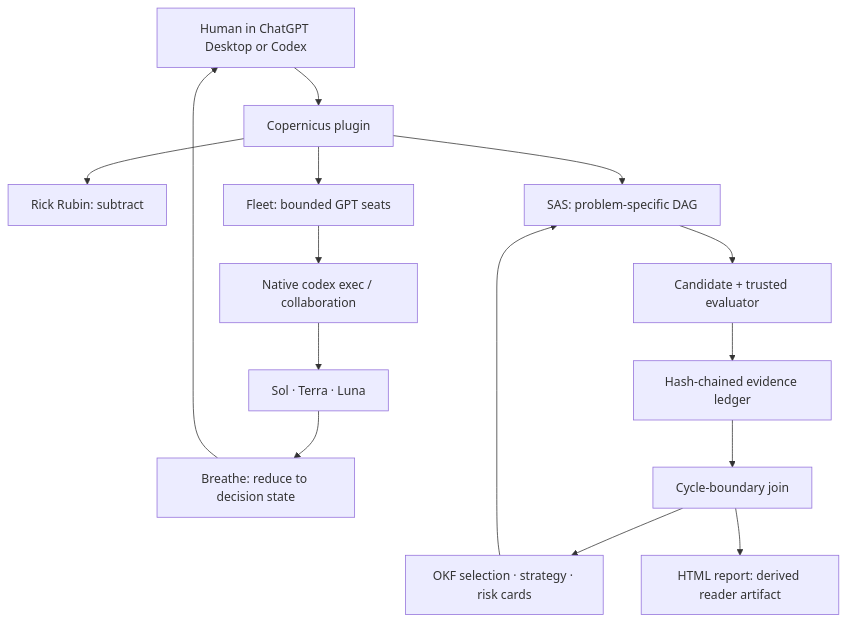
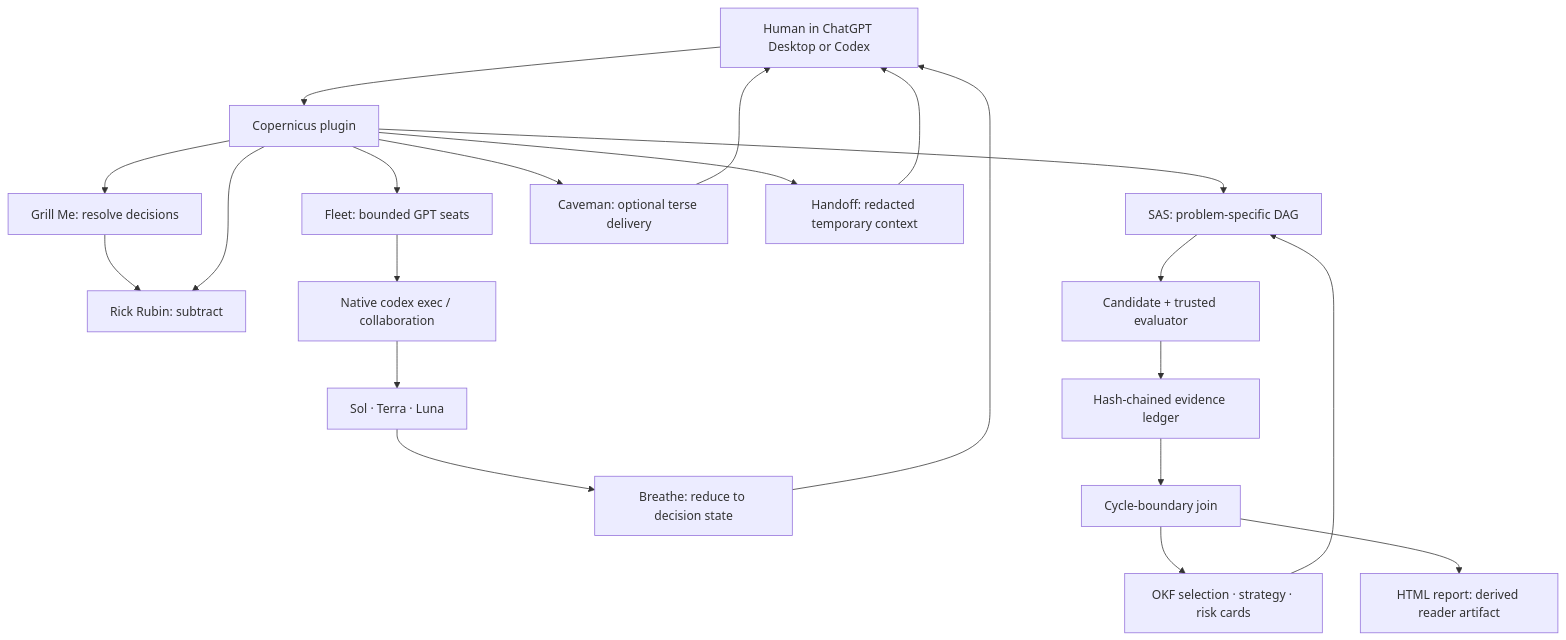
One commit to Babinci/copernicus changed the diagram in docs/copernicus/architecture.md. Above: the diagram before and after it, drawn with Mermaid. The commit also changed other lines of this file and 33 other files, not shown here.

````diff
--- a/docs/copernicus/architecture.md
+++ b/docs/copernicus/architecture.md
@@ -14,17 +14,23 @@
 ```mermaid
 flowchart TD
     U["Human in ChatGPT Desktop or Codex"] --> P["Copernicus plugin"]
+    P --> Q["Grill Me: resolve decisions"]
+    Q --> R
     P --> R["Rick Rubin: subtract"]
     P --> F["Fleet: bounded GPT seats"]
     P --> S["SAS: problem-specific DAG"]
     F --> C["Native codex exec / collaboration"]
     C --> M["Sol · Terra · Luna"]
     M --> B["Breathe: reduce to decision state"]
     B --> U
     S --> G["Candidate + trusted evaluator"]
     G --> E["Hash-chained evidence ledger"]
     E --> J["Cycle-boundary join"]
     J --> O["OKF selection · strategy · risk cards"]
     J --> H["HTML report: derived reader artifact"]
     O --> S
+    P --> V["Caveman: optional terse delivery"]
+    P --> T["Handoff: redacted temporary context"]
+    V --> U
+    T --> U
 ```
````
